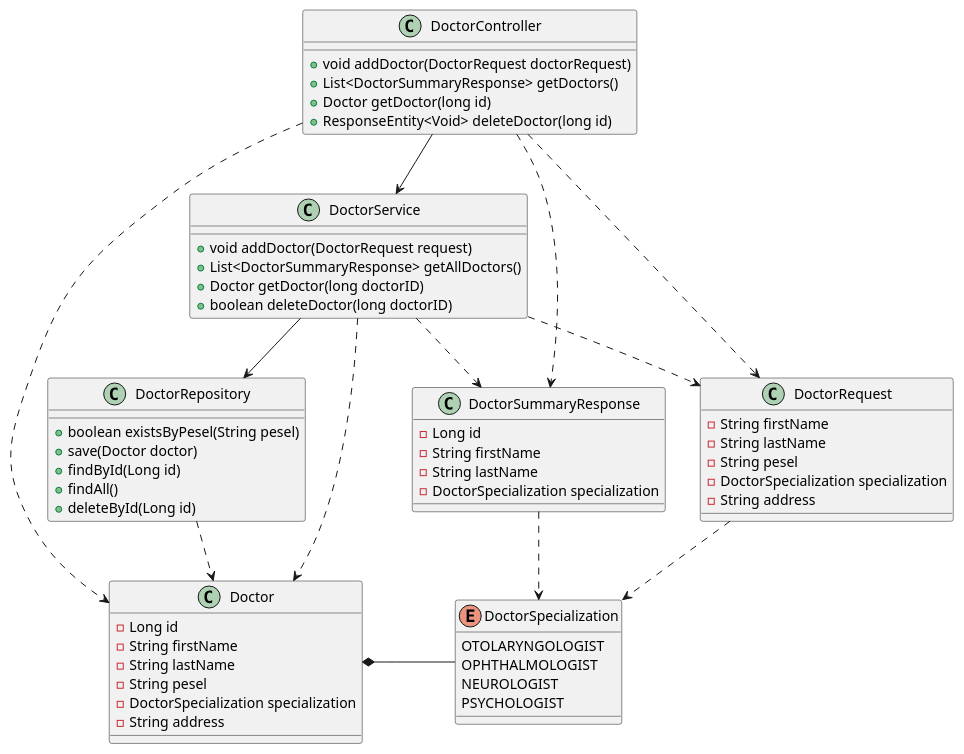
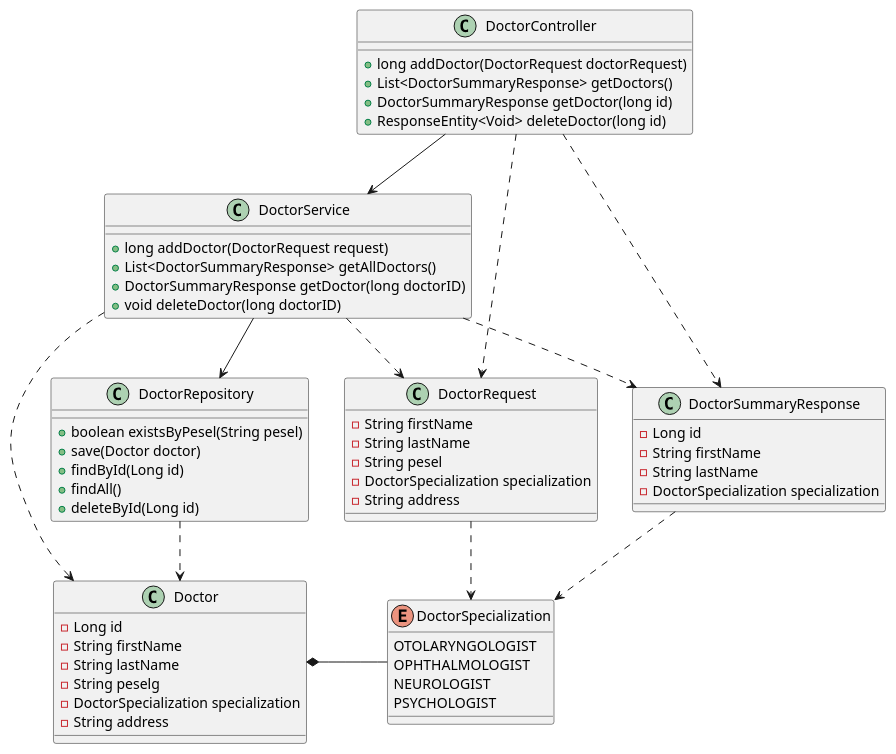
One commit to Krzeselkoo/DK-czw-0800-LK changed the diagram in docs/uml/Doctor.puml. Above: the diagram before and after it, drawn with PlantUML. The commit also changed 11 other files, not shown here.

```diff
--- a/docs/uml/Doctor.puml
+++ b/docs/uml/Doctor.puml
@@ -1,67 +1,66 @@
 @startuml
 class Doctor {
     - Long id
     - String firstName
     - String lastName
-    - String pesel
+    - String peselg
     - DoctorSpecialization specialization
     - String address
 }
 
 class DoctorRequest {
     - String firstName
     - String lastName
     - String pesel
     - DoctorSpecialization specialization
     - String address
 }
 
 class DoctorSummaryResponse {
     - Long id
     - String firstName
     - String lastName
     - DoctorSpecialization specialization
 }
 
 class DoctorService {
-    + void addDoctor(DoctorRequest request)
+    + long addDoctor(DoctorRequest request)
     + List<DoctorSummaryResponse> getAllDoctors()
-    + Doctor getDoctor(long doctorID)
-    + boolean deleteDoctor(long doctorID)
+    + DoctorSummaryResponse getDoctor(long doctorID)
+    + void deleteDoctor(long doctorID)
 }
 
 class DoctorRepository {
     + boolean existsByPesel(String pesel)
     + save(Doctor doctor)
     + findById(Long id)
     + findAll()
     + deleteById(Long id)
 }
 
 class DoctorController {
-    + void addDoctor(DoctorRequest doctorRequest)
+    + long addDoctor(DoctorRequest doctorRequest)
     + List<DoctorSummaryResponse> getDoctors()
-    + Doctor getDoctor(long id)
+    + DoctorSummaryResponse getDoctor(long id)
     + ResponseEntity<Void> deleteDoctor(long id)
 }
 
 enum DoctorSpecialization {
     OTOLARYNGOLOGIST
     OPHTHALMOLOGIST
     NEUROLOGIST
     PSYCHOLOGIST
 }
 
 Doctor *- DoctorSpecialization
 DoctorRequest ..> DoctorSpecialization
 DoctorSummaryResponse ..> DoctorSpecialization
 DoctorService ..> Doctor
 DoctorService ..> DoctorRequest
 DoctorService ..> DoctorSummaryResponse
 DoctorService --> DoctorRepository
 DoctorController --> DoctorService
 DoctorController ..> DoctorRequest
 DoctorController ..> DoctorSummaryResponse
-DoctorController ..> Doctor
 DoctorRepository ..> Doctor
 @enduml
```
